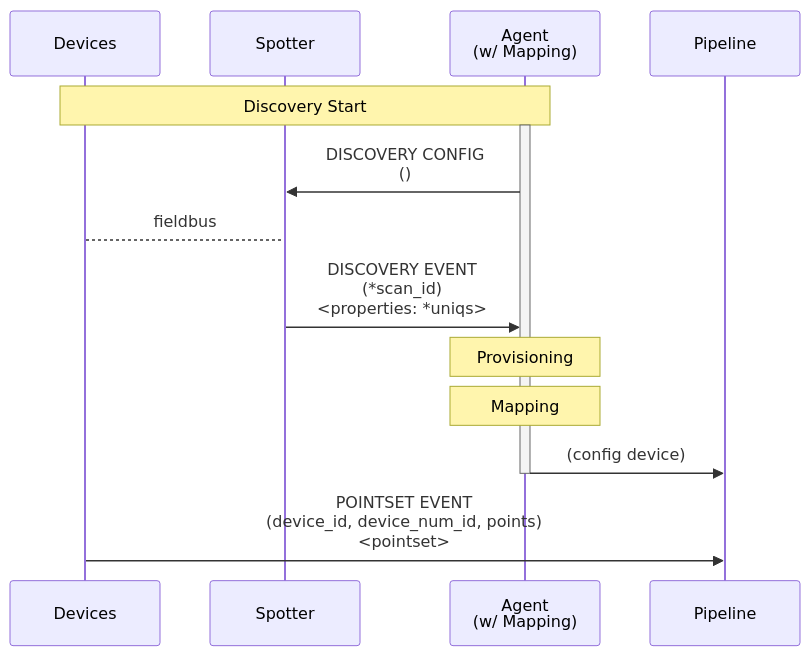
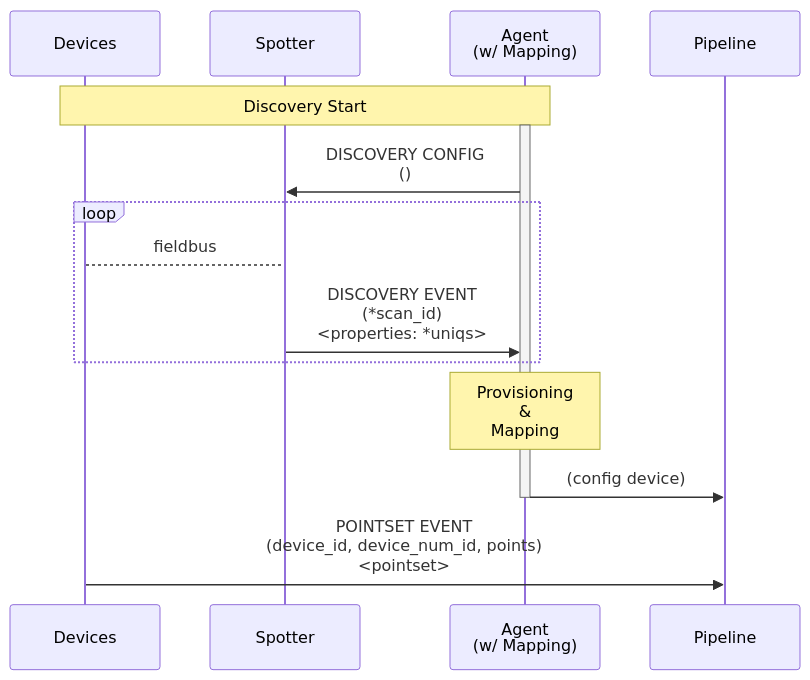
One commit to faucetsdn/udmi changed the diagram in docs/specs/discovery.md. Above: the diagram before and after it, drawn with Mermaid.

Commit message:
Fixing loop

````diff
--- a/docs/specs/discovery.md
+++ b/docs/specs/discovery.md
@@ -32,18 +32,19 @@
 ```mermaid
 sequenceDiagram
   %%{wrap}%%
   participant Devices
   participant Spotter
   participant Agent as Agent<br/>(w/ Mapping)
   participant Pipeline
   Note over Devices, Agent: Discovery Start
   activate Agent
   Agent->>Spotter: DISCOVERY CONFIG<br/>()
-  Devices-->Spotter: fieldbus
-  Spotter->>Agent: DISCOVERY EVENT<br/>(*scan_id)<br/><properties: *uniqs>
-  Note over Agent: Provisioning
-  Note over Agent: Mapping
+  loop
+    Devices-->Spotter: fieldbus
+    Spotter->>Agent: DISCOVERY EVENT<br/>(*scan_id)<br/><properties: *uniqs>
+  end
+  Note over Agent: Provisioning<br/>& Mapping
   Agent ->> Pipeline: (config device)
   deactivate Agent
   Devices->>Pipeline: POINTSET EVENT<br/>(device_id, device_num_id, points)<br/><pointset>
 ```
````
